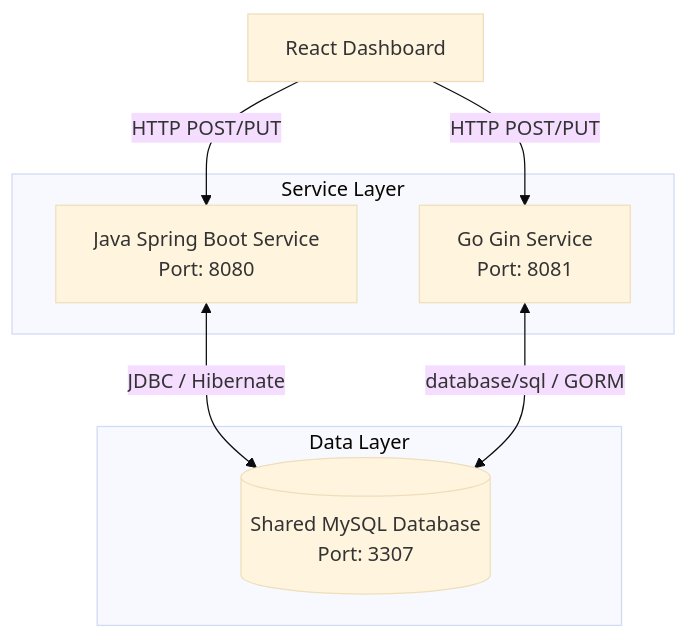
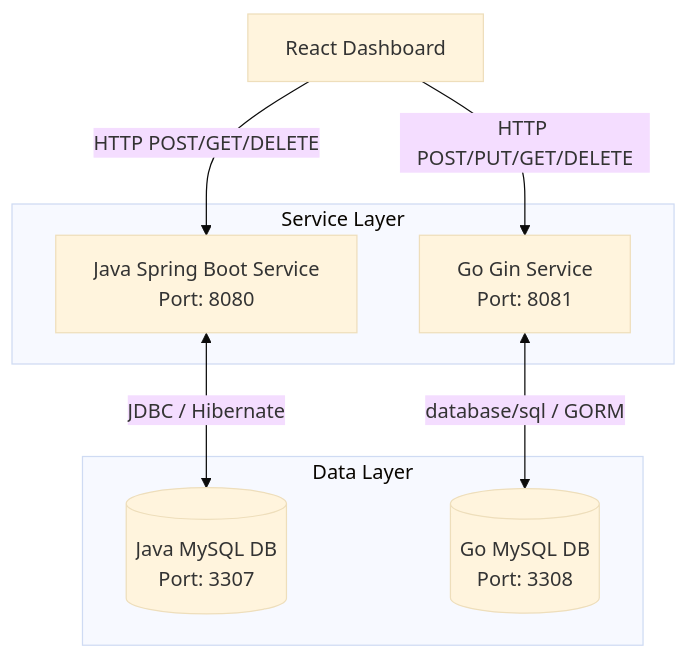
One commit to DineshMoorthy007/polyglot-threat-visualizer changed the first of 2 diagrams in README.md. Above: the diagram before and after it, drawn with Mermaid (base theme). The commit also changed other lines of this file and 1 other file, not shown here.

Commit message:
refactor: decouple database instances into separate Java and Go MySQL containers and update documentation accordingly

````diff
--- a/README.md
+++ b/README.md
@@ -27,19 +27,20 @@
 ```mermaid
 graph TD
     Client[React Dashboard] 
 
     subgraph Service Layer
         JavaAPI[Java Spring Boot Service<br>Port: 8080]
         GoAPI[Go Gin Service<br>Port: 8081]
     end
     
     subgraph Data Layer
-        DB[(Shared MySQL Database<br>Port: 3307)]
+        JavaDB[(Java MySQL DB<br>Port: 3307)]
+        GoDB[(Go MySQL DB<br>Port: 3308)]
     end
 
-    Client -->|HTTP POST/PUT| JavaAPI
-    Client -->|HTTP POST/PUT| GoAPI
+    Client -->|HTTP POST/GET/DELETE| JavaAPI
+    Client -->|HTTP POST/PUT/GET/DELETE| GoAPI
 
-    JavaAPI <-->|JDBC / Hibernate| DB
-    GoAPI <-->|database/sql / GORM| DB
+    JavaAPI <-->|JDBC / Hibernate| JavaDB
+    GoAPI <-->|database/sql / GORM| GoDB
 ```
````
